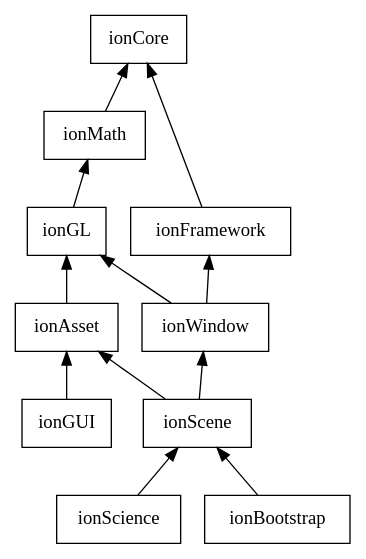
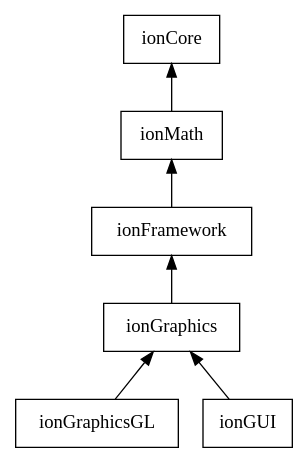
The diagram in Documentation/Dot/ModuleDependencies.dot (iondune/ionEngine), drawn with Graphviz before and after one commit. The commit also changed 4 other files, not shown here.

```diff
--- a/Documentation/Dot/ModuleDependencies.dot
+++ b/Documentation/Dot/ModuleDependencies.dot
@@ -1,23 +1,10 @@
 digraph graphname {
     node [shape=box];
-    ionGL [URL="moduleGL.html"];
     ionCore [URL="moduleCore.html"];
 
-    ionCore -> ionMath          [dir="back"];
-    ionCore -> ionFramework     [dir="back"];
-
-    ionFramework -> ionWindow   [dir="back"];
-
-    ionMath -> ionGL            [dir="back"];
-
-    ionGL -> ionWindow          [dir="back"];
-    ionGL -> ionAsset           [dir="back"];
-
-    ionWindow -> ionScene       [dir="back"];
-
-    ionAsset -> ionScene        [dir="back"];
-    ionAsset -> ionGUI          [dir="back"];
-
-    ionScene -> ionScience      [dir="back"];
-    ionScene -> ionBootstrap    [dir="back"];
+    ionCore -> ionMath            [dir="back"];
+    ionMath -> ionFramework       [dir="back"];
+    ionFramework -> ionGraphics   [dir="back"];
+    ionGraphics -> ionGraphicsGL  [dir="back"];
+    ionGraphics -> ionGUI         [dir="back"];
 }
```
